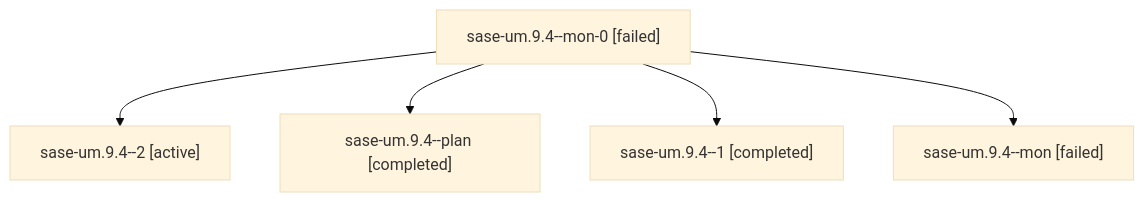
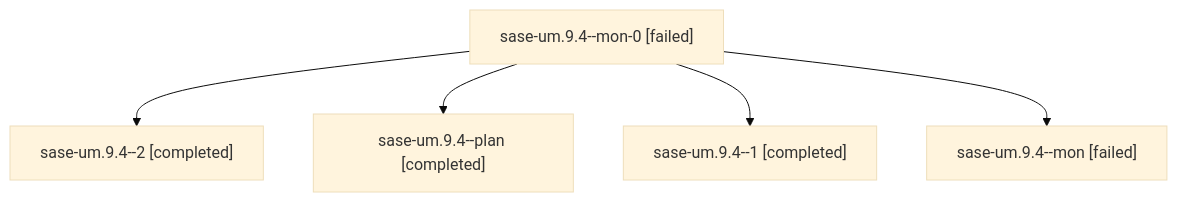
Before and after one commit to sase-org/sase--agents: the diagram in families/bbugyi200.athena.sase-um.9.4.md, drawn with Mermaid (base theme). The commit also changed other lines of this file and 185 other files, not shown here.

````diff
--- a/families/bbugyi200.athena.sase-um.9.4.md
+++ b/families/bbugyi200.athena.sase-um.9.4.md
@@ -9,12 +9,12 @@
 ```mermaid
 flowchart TD
   n0["sase-um.9.4--mon-0 [failed]"]
-  n1["sase-um.9.4--2 [active]"]
+  n1["sase-um.9.4--2 [completed]"]
   n0 --> n1
   n2["sase-um.9.4--plan [completed]"]
   n0 --> n2
   n3["sase-um.9.4--1 [completed]"]
   n0 --> n3
   n4["sase-um.9.4--mon [failed]"]
   n0 --> n4
 ```
````
